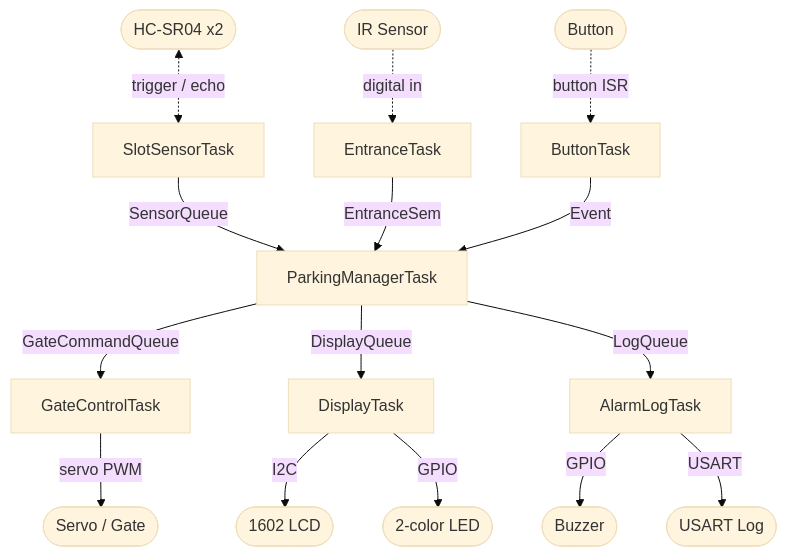
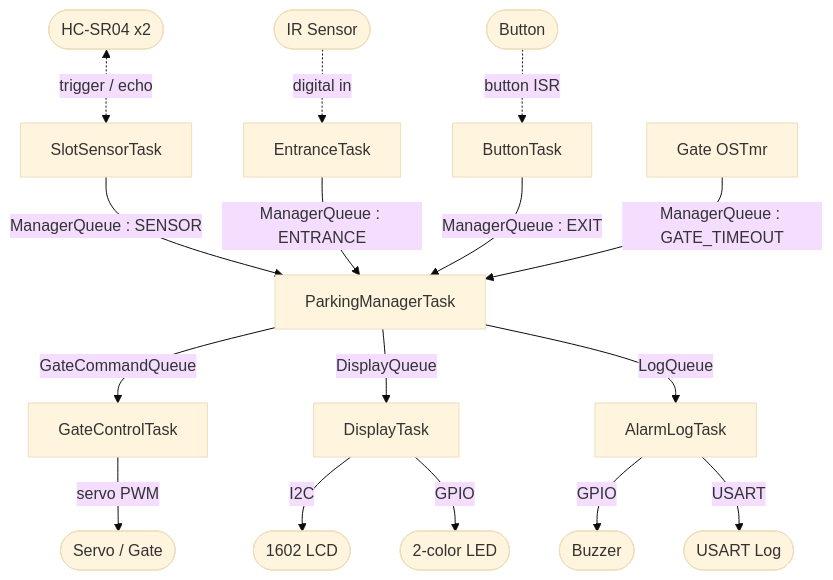
The diagram in README.md (142spp/STM32_uCOS-III), drawn with Mermaid (base theme) before and after one commit. The commit also changed other lines of this file, not shown here.

First line of the commit message:
docs: refine README with reservation, gate timer, and development plan

````diff
--- a/README.md
+++ b/README.md
@@ -59,20 +59,21 @@
 ```mermaid
 flowchart TD
-    SlotSensor[SlotSensorTask] -->|SensorQueue| Manager[ParkingManagerTask]
-    Entrance[EntranceTask] -->|EntranceSem| Manager
-    Button[ButtonTask] -->|Event| Manager
+    SlotSensor[SlotSensorTask] -->|ManagerQueue : SENSOR| Manager[ParkingManagerTask]
+    Entrance[EntranceTask] -->|ManagerQueue : ENTRANCE| Manager
+    Button[ButtonTask] -->|ManagerQueue : EXIT| Manager
+    Timer[Gate OSTmr] -->|ManagerQueue : GATE_TIMEOUT| Manager
 
     Manager -->|GateCommandQueue| Gate[GateControlTask]
     Manager -->|DisplayQueue| Display[DisplayTask]
     Manager -->|LogQueue| Alarm[AlarmLogTask]
 
     Gate -->|servo PWM| Servo([Servo / Gate])
     Display -->|I2C| LCD([1602 LCD])
     Display -->|GPIO| LED([2-color LED])
     Alarm -->|GPIO| Buzzer([Buzzer])
     Alarm -->|USART| Log([USART Log])
 
     Ultra([HC-SR04 x2]) <-.->|trigger / echo| SlotSensor
     IR([IR Sensor]) -.->|digital in| Entrance
     Btn([Button]) -.->|button ISR| Button
 ```
````
